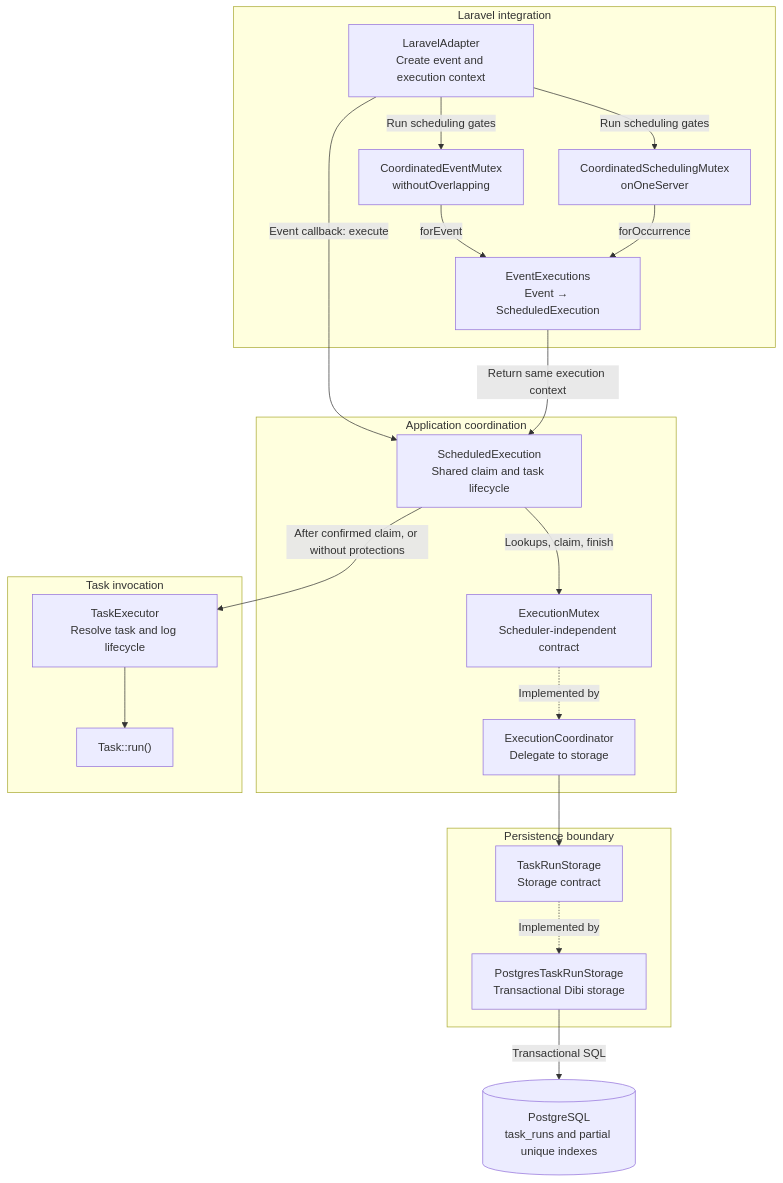
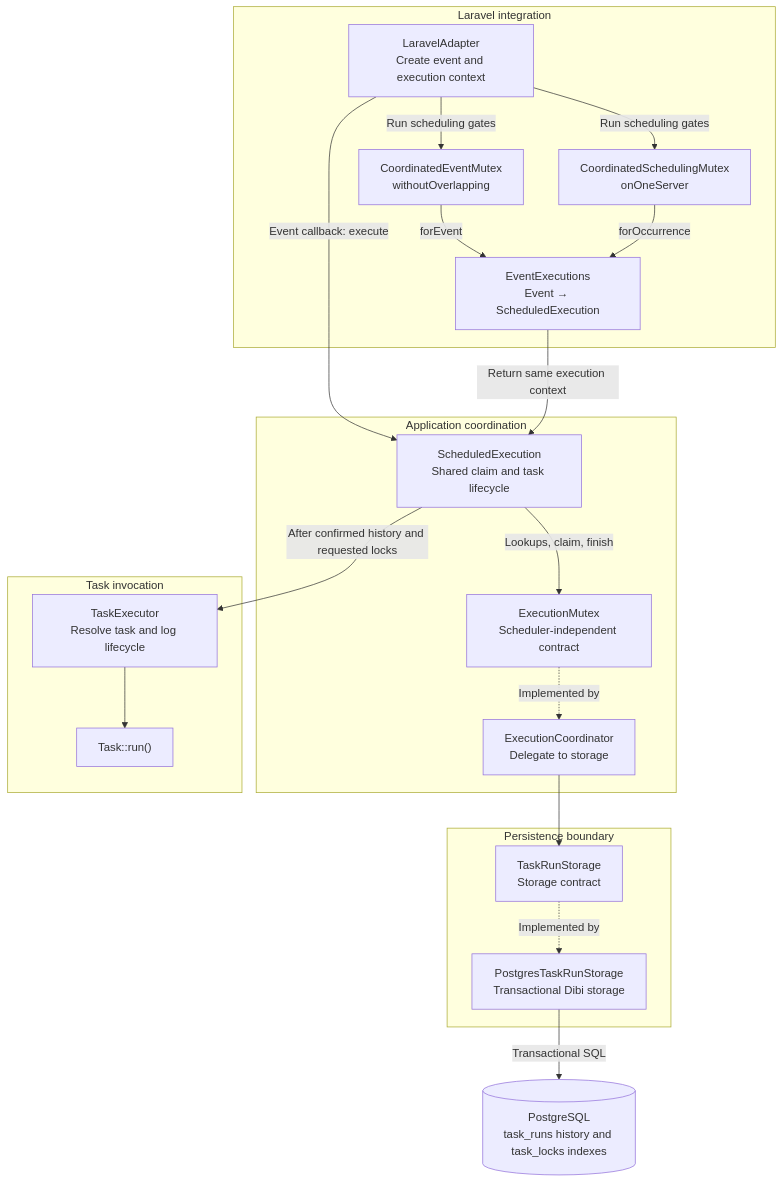
One commit to pupitooo/emorfiq-adapter changed the first of 3 diagrams in docs/execution/mutex-layers.md. Above: the diagram before and after it, drawn with Mermaid. The commit also changed other lines of this file and 20 other files, not shown here.

````diff
--- a/docs/execution/mutex-layers.md
+++ b/docs/execution/mutex-layers.md
@@ -10,39 +10,39 @@
 ```mermaid
 flowchart TB
     subgraph Laravel["Laravel integration"]
         Adapter["LaravelAdapter<br/>Create event and execution context"]
         EventMutex["CoordinatedEventMutex<br/>withoutOverlapping"]
         SchedulingMutex["CoordinatedSchedulingMutex<br/>onOneServer"]
         Registry["EventExecutions<br/>Event → ScheduledExecution"]
         Adapter -->|Run scheduling gates| EventMutex
         Adapter -->|Run scheduling gates| SchedulingMutex
         EventMutex -->|forEvent| Registry
         SchedulingMutex -->|forOccurrence| Registry
     end
 
     subgraph Application["Application coordination"]
         Execution["ScheduledExecution<br/>Shared claim and task lifecycle"]
         Mutex["ExecutionMutex<br/>Scheduler-independent contract"]
         Coordinator["ExecutionCoordinator<br/>Delegate to storage"]
         Execution -->|Lookups, claim, finish| Mutex
         Mutex -.->|Implemented by| Coordinator
     end
 
     subgraph Persistence["Persistence boundary"]
         Storage["TaskRunStorage<br/>Storage contract"]
         Postgres["PostgresTaskRunStorage<br/>Transactional Dibi storage"]
         Storage -.->|Implemented by| Postgres
     end
 
     subgraph Invocation["Task invocation"]
         Executor["TaskExecutor<br/>Resolve task and log lifecycle"]
         Task["Task::run()"]
         Executor --> Task
     end
 
     Adapter -->|Event callback: execute| Execution
     Registry -->|Return same execution context| Execution
     Coordinator --> Storage
-    Postgres -->|Transactional SQL| DB[("PostgreSQL<br/>task_runs and partial unique indexes")]
-    Execution -->|After confirmed claim, or without protections| Executor
+    Postgres -->|Transactional SQL| DB[("PostgreSQL<br/>task_runs history and task_locks indexes")]
+    Execution -->|After confirmed history and requested locks| Executor
 ```
````
